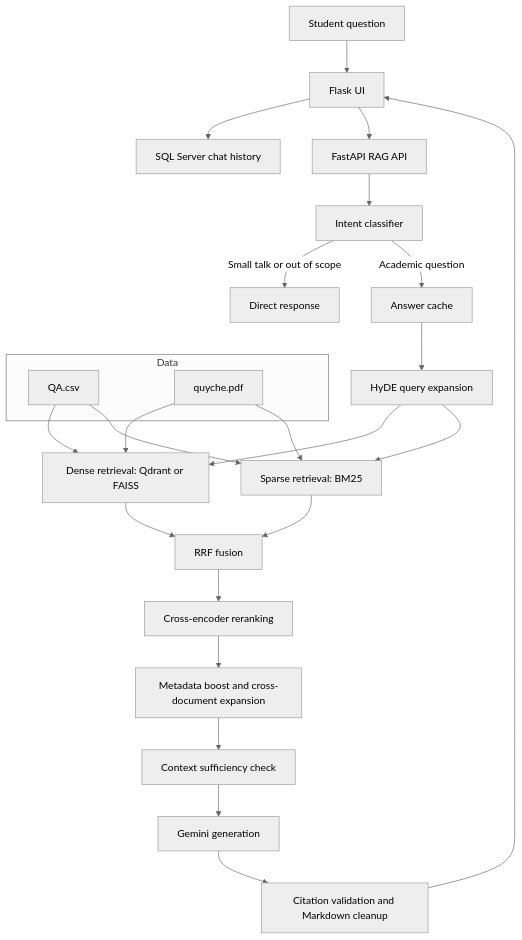
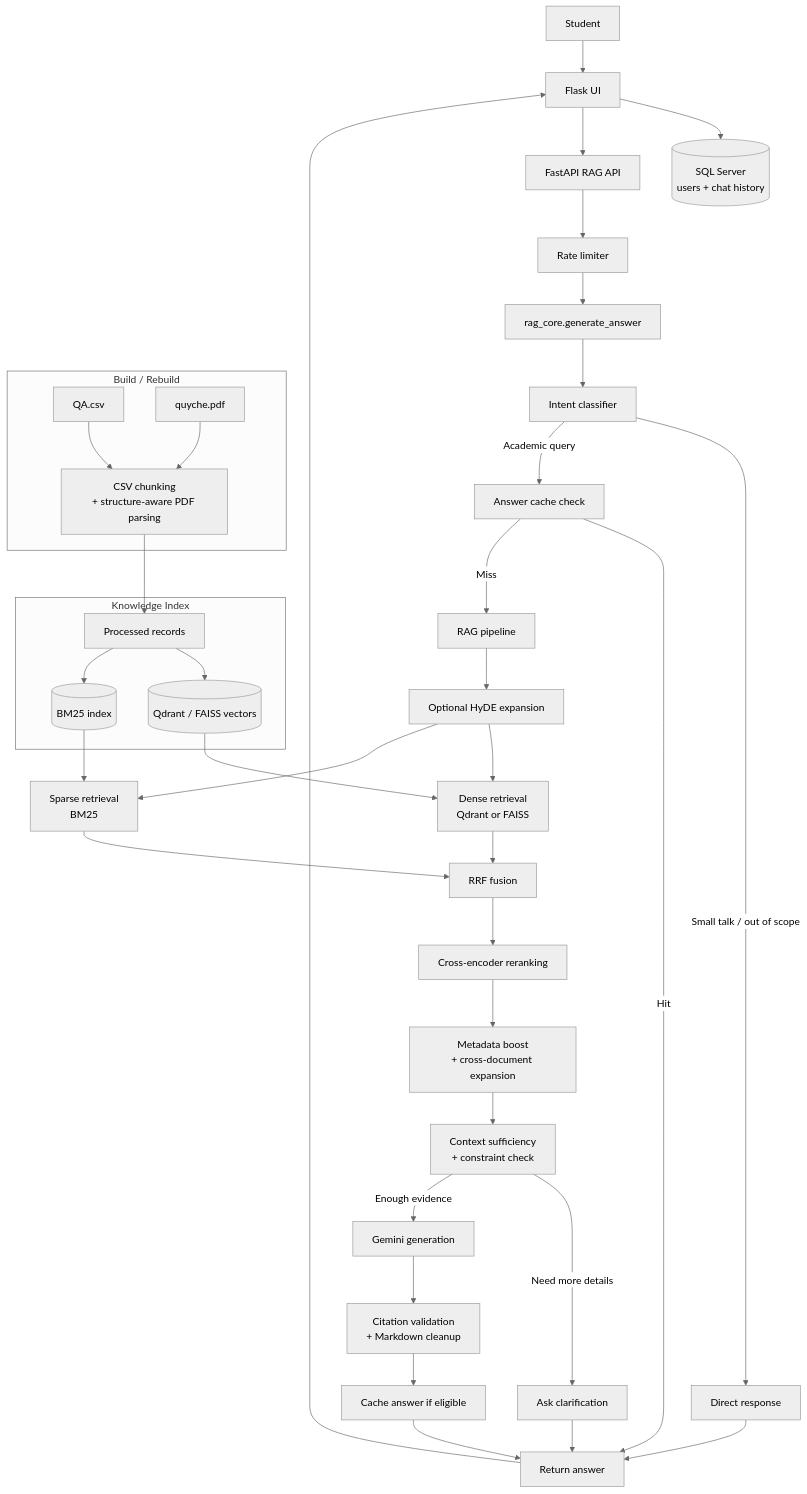
The diagram in README.md (Nhatnguyn1710/chatbot_husc), drawn with Mermaid (neutral theme) before and after one commit. The commit also changed other lines of this file, not shown here.

Commit message:
docs: refine architecture documentation

````diff
--- a/README.md
+++ b/README.md
@@ -32,30 +33,52 @@
 ```mermaid
 flowchart TD
-    A[Student question] --> B[Flask UI]
-    B --> C[SQL Server chat history]
-    B --> D[FastAPI RAG API]
-    D --> E[Intent classifier]
-    E -->|Small talk or out of scope| F[Direct response]
-    E -->|Academic question| G[Answer cache]
-    G --> H[HyDE query expansion]
-    H --> I[Dense retrieval: Qdrant or FAISS]
-    H --> J[Sparse retrieval: BM25]
-    I --> K[RRF fusion]
-    J --> K
-    K --> L[Cross-encoder reranking]
-    L --> M[Metadata boost and cross-document expansion]
-    M --> N[Context sufficiency check]
-    N --> O[Gemini generation]
-    O --> P[Citation validation and Markdown cleanup]
-    P --> B
+    U[Student] --> UI[Flask UI]
+    UI --> DB[(SQL Server<br/>users + chat history)]
+    UI --> API[FastAPI RAG API]
+    API --> RL[Rate limiter]
+    RL --> RAG[rag_core.generate_answer]
+    RAG --> INTENT[Intent classifier]
 
-    subgraph Data
-        Q[QA.csv]
-        R[quyche.pdf]
+    INTENT -->|Small talk / out of scope| DIRECT[Direct response]
+    INTENT -->|Academic query| CACHE[Answer cache check]
+    CACHE -->|Hit| RESPONSE[Return answer]
+    CACHE -->|Miss| PIPE[RAG pipeline]
+
+    PIPE --> HYDE[Optional HyDE expansion]
+    HYDE --> DENSE[Dense retrieval<br/>Qdrant or FAISS]
+    HYDE --> SPARSE[Sparse retrieval<br/>BM25]
+    DENSE --> FUSION[RRF fusion]
+    SPARSE --> FUSION
+    FUSION --> RERANK[Cross-encoder reranking]
+    RERANK --> BOOST[Metadata boost<br/>+ cross-document expansion]
+    BOOST --> CHECK[Context sufficiency<br/>+ constraint check]
+    CHECK -->|Need more details| CLARIFY[Ask clarification]
+    CHECK -->|Enough evidence| LLM[Gemini generation]
+    LLM --> POST[Citation validation<br/>+ Markdown cleanup]
+    POST --> STORE[Cache answer if eligible]
+    STORE --> RESPONSE
+    DIRECT --> RESPONSE
+    CLARIFY --> RESPONSE
+    RESPONSE --> UI
+
+    subgraph KI[Knowledge Index]
+        RECORDS[Processed records]
+        VECTORS[(Qdrant / FAISS vectors)]
+        BM25[(BM25 index)]
     end
 
-    Q --> I
-    Q --> J
-    R --> I
-    R --> J
+    RECORDS --> VECTORS
+    RECORDS --> BM25
+    VECTORS --> DENSE
+    BM25 --> SPARSE
+
+    subgraph BR[Build / Rebuild]
+        CSV[QA.csv]
+        PDF[quyche.pdf]
+        PARSE[CSV chunking<br/>+ structure-aware PDF parsing]
+    end
+
+    CSV --> PARSE
+    PDF --> PARSE
+    PARSE --> RECORDS
 ```
````
